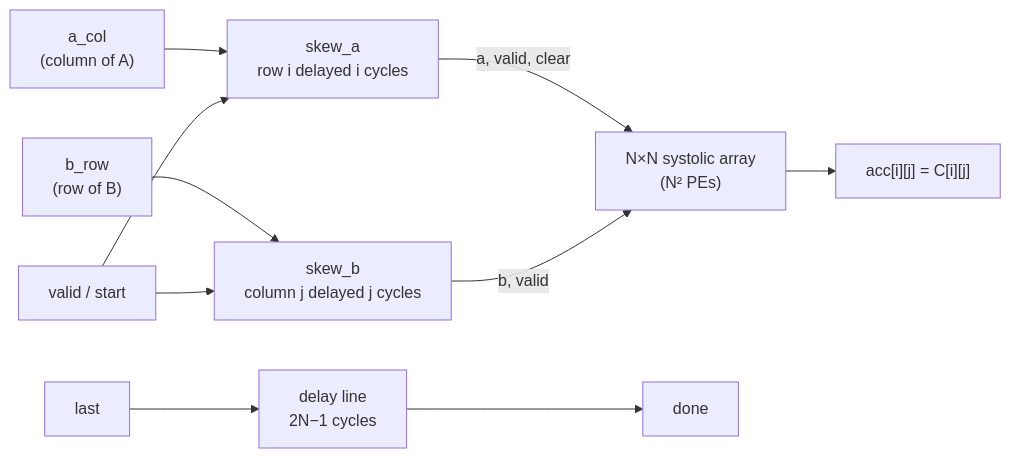
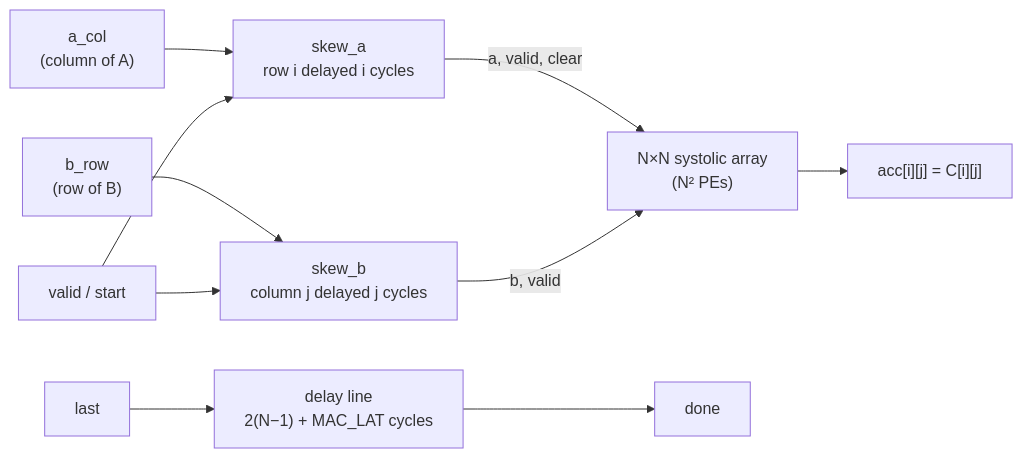
One commit to ducdung3907/ai-rtl changed the diagram in README.md. Above: the diagram before and after it, drawn with Mermaid. The commit also changed other lines of this file and 2 other files, not shown here.

````diff
--- a/README.md
+++ b/README.md
@@ -9,11 +11,11 @@
 ```mermaid
 flowchart LR
     A["a_col<br/>(column of A)"] --> SA["skew_a<br/>row i delayed i cycles"]
     B["b_row<br/>(row of B)"] --> SB["skew_b<br/>column j delayed j cycles"]
     V["valid / start"] --> SA
     V --> SB
     SA -- "a, valid, clear" --> ARR["N×N systolic array<br/>(N² PEs)"]
     SB -- "b, valid" --> ARR
     ARR --> C["acc[i][j] = C[i][j]"]
-    L["last"] --> D["delay line<br/>2N−1 cycles"] --> DONE["done"]
+    L["last"] --> D["delay line<br/>2(N−1) + MAC_LAT cycles"] --> DONE["done"]
 ```
````
